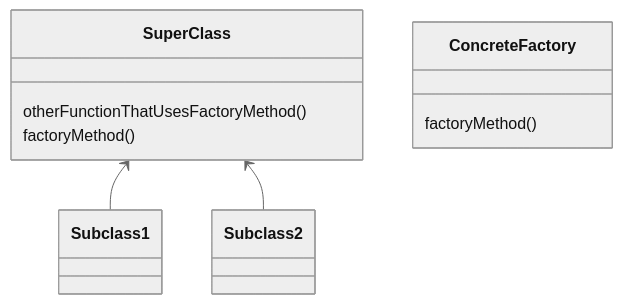
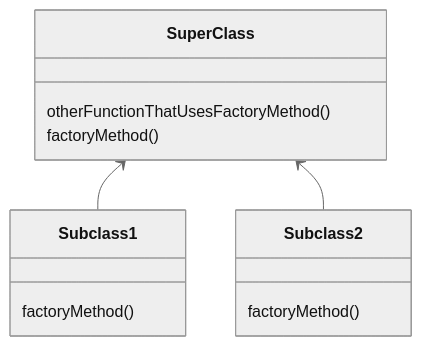
One commit to AhmedGharib0014/design_pattern_practice changed the second of 2 diagrams in design_pattern_practice/src/creational/factory/readme.md. Above: the diagram before and after it, drawn with Mermaid (neutral theme).

Commit message:
refactor :readme factory design pattern

````diff
--- a/design_pattern_practice/src/creational/factory/readme.md
+++ b/design_pattern_practice/src/creational/factory/readme.md
@@ -38,15 +38,19 @@
 ```mermaid
  classDiagram
     SuperClass <-- Subclass1
     SuperClass <-- Subclass2
  
     class SuperClass {
      otherFunctionThatUsesFactoryMethod()
      factoryMethod()
     } 
     
-    class ConcreteFactory {
+    class Subclass1 {
+      factoryMethod()
+    }
+    
+     class Subclass2 {
       factoryMethod()
     }
    
 ```
````
